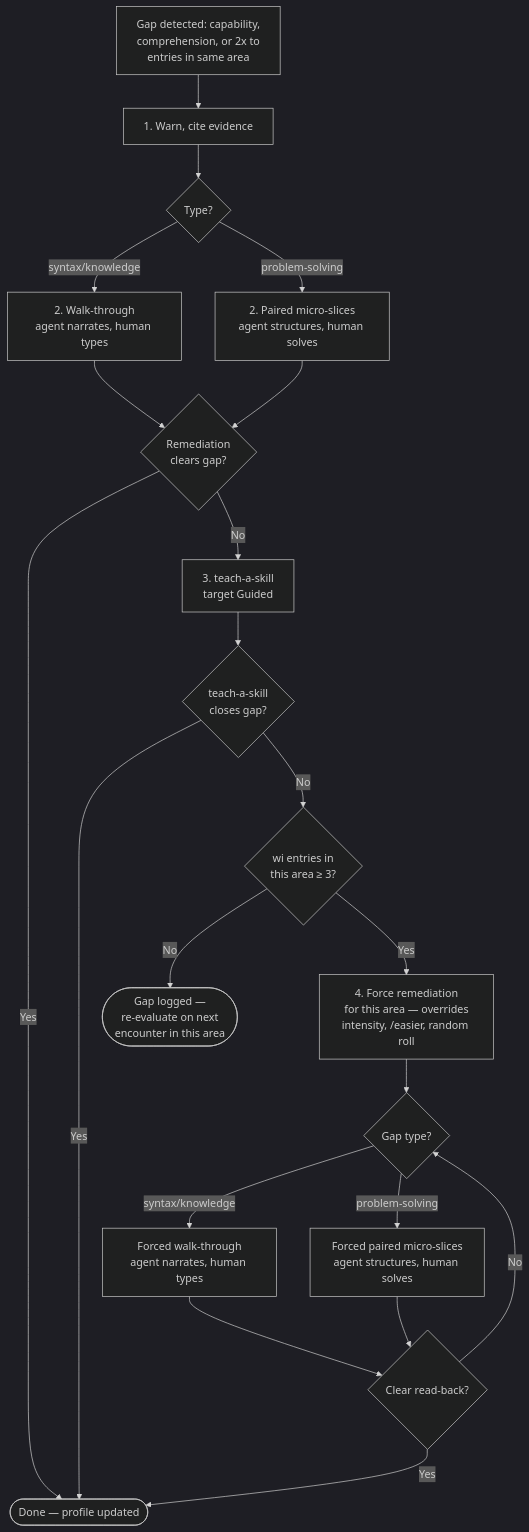
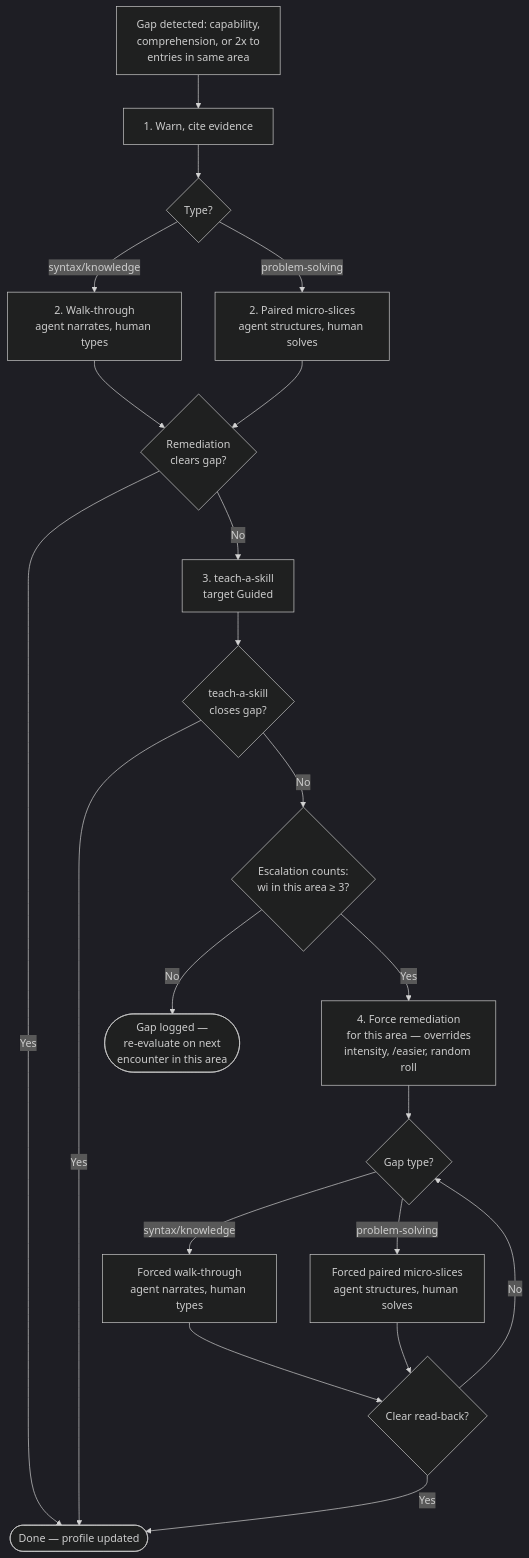
Before and after one commit to MegaByteMark/skills-to-pay-the-ai-bills: the second of 5 diagrams in skills/vibe-code-antidote/SKILL.md, drawn with Mermaid (dark theme). The commit also changed other lines of this file, not shown here.

Commit message:
fix: further tightening of the cold start gates and fixing a potential for escalation counter reset upon log rotation.

````diff
--- a/skills/vibe-code-antidote/SKILL.md
+++ b/skills/vibe-code-antidote/SKILL.md
@@ -71,23 +71,23 @@
 ```mermaid
 flowchart TD
     GAP[Gap detected: capability,<br>comprehension, or 2x to<br>entries in same area] --> WARN[1. Warn, cite evidence]
     WARN --> DIAG{Type?}
     DIAG -->|syntax/knowledge| WALK[2. Walk-through<br>agent narrates, human types]
     DIAG -->|problem-solving| PAIR[2. Paired micro-slices<br>agent structures, human solves]
     WALK --> CLEAR{Remediation<br>clears gap?}
     PAIR --> CLEAR
     CLEAR -->|Yes| DONE([Done — profile updated])
     CLEAR -->|No| TEACH[3. teach-a-skill<br>target Guided]
     TEACH --> LEARNED{teach-a-skill<br>closes gap?}
     LEARNED -->|Yes| DONE
-    LEARNED -->|No| COUNT{wi entries in<br>this area ≥ 3?}
+    LEARNED -->|No| COUNT{Escalation counts:<br>wi in this area ≥ 3?}
     COUNT -->|No| LOGGED([Gap logged —<br>re-evaluate on next<br>encounter in this area])
     COUNT -->|Yes| FORCE[4. Force remediation<br>for this area — overrides<br>intensity, /easier, random roll]
     FORCE --> FTYPE{Gap type?}
     FTYPE -->|syntax/knowledge| FWALK[Forced walk-through<br>agent narrates, human types]
     FTYPE -->|problem-solving| FPAIR[Forced paired micro-slices<br>agent structures, human solves]
     FWALK --> FCHECK{Clear read-back?}
     FPAIR --> FCHECK
     FCHECK -->|Yes| DONE
     FCHECK -->|No| FTYPE
 ```
````
